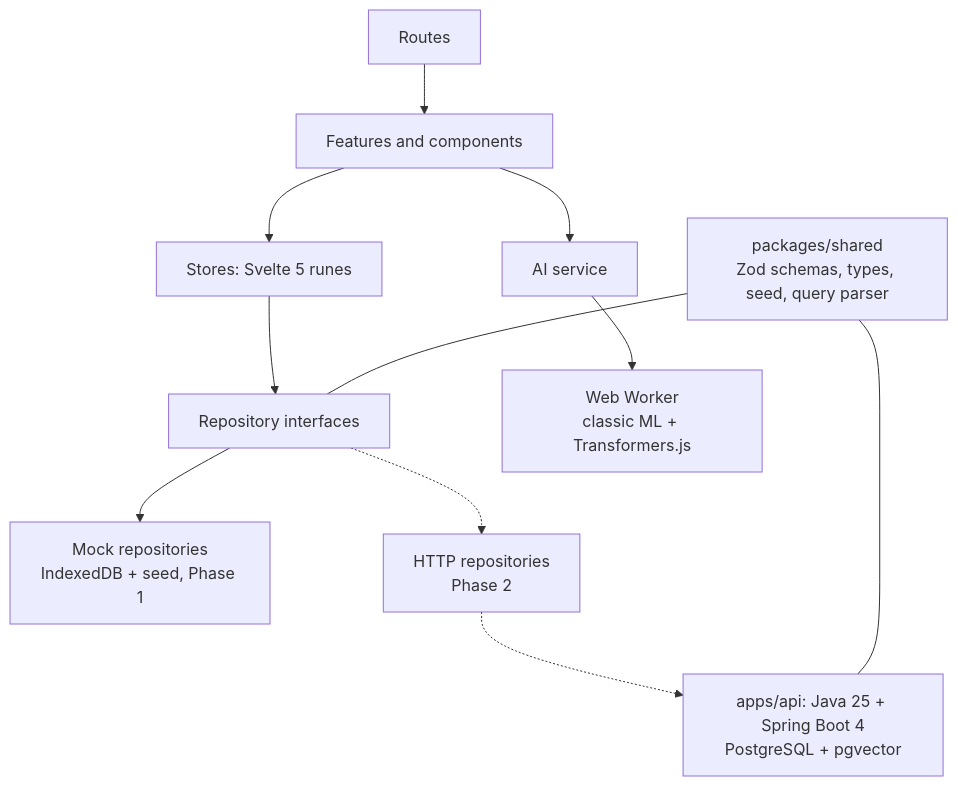
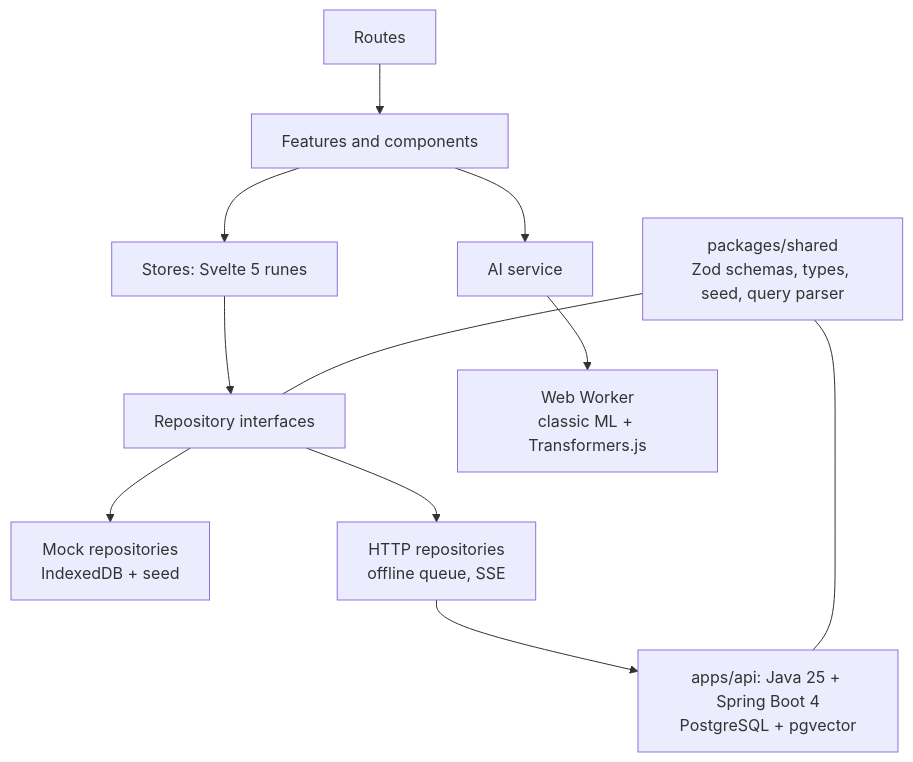
Before and after one commit to onielsteve2003/nem-mail: the diagram in README.md, drawn with Mermaid. The commit also changed other lines of this file and 7 other files, not shown here.

First line of the commit message:
docs: Swagger UI, architecture diagrams and the v2.0 case study

````diff
--- a/README.md
+++ b/README.md
@@ -67,13 +71,13 @@
 ```mermaid
 flowchart TD
     R[Routes] --> F[Features and components]
     F --> S[Stores: Svelte 5 runes]
     S --> I[Repository interfaces]
-    I --> M[Mock repositories<br/>IndexedDB + seed, Phase 1]
-    I -.-> H[HTTP repositories<br/>Phase 2]
-    H -.-> API[apps/api: Java 25 + Spring Boot 4<br/>PostgreSQL + pgvector]
+    I --> M[Mock repositories<br/>IndexedDB + seed]
+    I --> H[HTTP repositories<br/>offline queue, SSE]
+    H --> API[apps/api: Java 25 + Spring Boot 4<br/>PostgreSQL + pgvector]
     F --> A[AI service]
     A --> W[Web Worker<br/>classic ML + Transformers.js]
     SH[packages/shared<br/>Zod schemas, types, seed, query parser] --- I
     SH --- API
 ```
````
